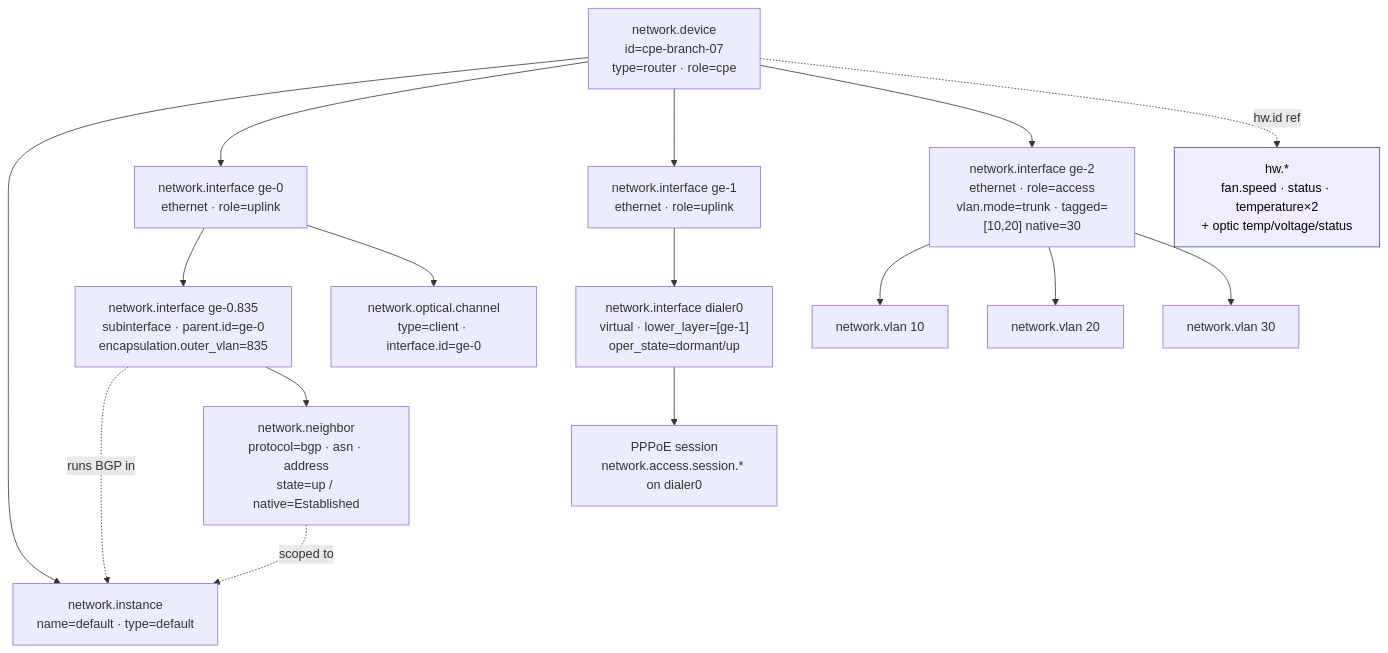
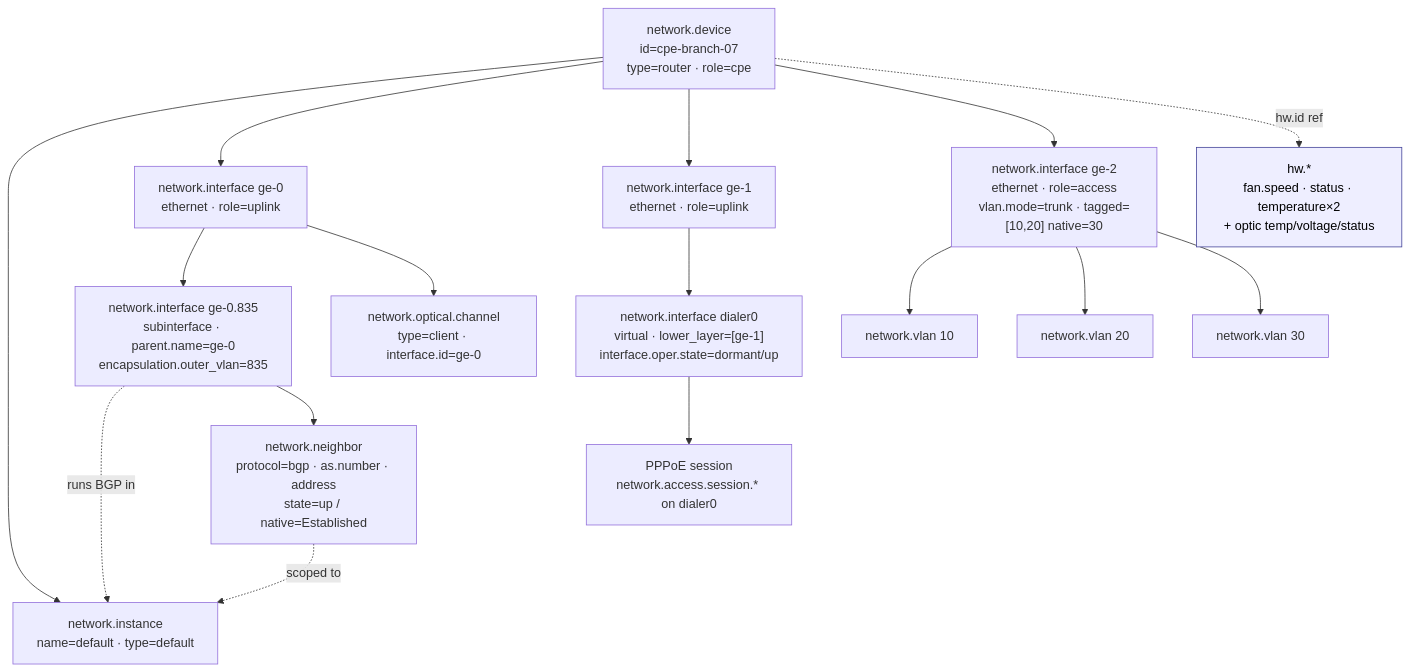
Before and after one commit to jksmth/semantic-conventions-network: the diagram in examples/cpe-router/README.md, drawn with Mermaid. The commit also changed other lines of this file and 297 other files, not shown here.

````diff
--- a/examples/cpe-router/README.md
+++ b/examples/cpe-router/README.md
@@ -46,39 +46,39 @@
 ```mermaid
 graph TD
     DEV["network.device<br/>id=cpe-branch-07<br/>type=router · role=cpe"]
 
     INST["network.instance<br/>name=default · type=default"]
 
     GE0["network.interface ge-0<br/>ethernet · role=uplink"]
-    GE0835["network.interface ge-0.835<br/>subinterface · parent.id=ge-0<br/>encapsulation.outer_vlan=835"]
+    GE0835["network.interface ge-0.835<br/>subinterface · parent.name=ge-0<br/>encapsulation.outer_vlan=835"]
     GE1["network.interface ge-1<br/>ethernet · role=uplink"]
-    DIAL["network.interface dialer0<br/>virtual · lower_layer=[ge-1]<br/>oper_state=dormant/up"]
+    DIAL["network.interface dialer0<br/>virtual · lower_layer=[ge-1]<br/>interface.oper.state=dormant/up"]
     GE2["network.interface ge-2<br/>ethernet · role=access<br/>vlan.mode=trunk · tagged=[10,20] native=30"]
 
     OCH["network.optical.channel<br/>type=client · interface.id=ge-0"]
-    BGP["network.neighbor<br/>protocol=bgp · asn · address<br/>state=up / native=Established"]
+    BGP["network.neighbor<br/>protocol=bgp · as.number · address<br/>state=up / native=Established"]
     PPP["PPPoE session<br/>network.access.session.* on dialer0"]
 
     VL10["network.vlan 10"]
     VL20["network.vlan 20"]
     VL30["network.vlan 30"]
 
     HW["hw.*<br/>fan.speed · status · temperature×2<br/>+ optic temp/voltage/status"]
 
     DEV --> INST
     DEV --> GE0 --> GE0835
     DEV --> GE1 --> DIAL
     DEV --> GE2
     GE0 --> OCH
     GE0835 -. runs BGP in .-> INST
     BGP -. scoped to .-> INST
     GE0835 --> BGP
     DIAL --> PPP
     GE2 --> VL10
     GE2 --> VL20
     GE2 --> VL30
     DEV -.->|hw.id ref| HW
 
     classDef hw fill:#eef,stroke:#449,color:#000;
     HW:::hw
 ```
````
